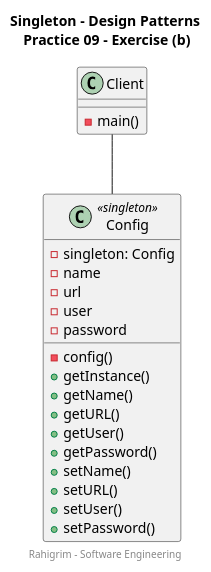
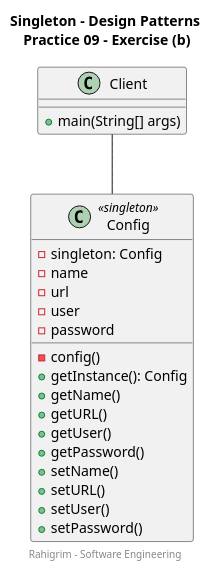
Before and after one commit to rahigrim/Design-Patterns-UCV: the diagram in Singleton (B)/Config.plantuml, drawn with PlantUML.

Commit message:
Updated main() and type of getInstance()

```diff
--- a/Singleton (B)/Config.plantuml
+++ b/Singleton (B)/Config.plantuml
@@ -1,35 +1,35 @@
 @startuml Singleton Pattern
 
 Title "Singleton - Design Patterns\n Practice 09 - Exercise (b)"
 Footer Rahigrim - Software Engineering
 
 class Client{
 
-    -main()
+    +main(String[] args)
 
 }
 
 class Config <<singleton>>{
 
     -singleton: Config
     -name
     -url 
     -user
     -password 
 
     -config()
-    +getInstance()
+    +getInstance(): Config
     +getName()
     +getURL()
     +getUser()
     +getPassword()
     +setName()
     +setURL()
     +setUser()
     +setPassword()
 
 }
 
 
 Client -d- Config 
 @enduml
```
